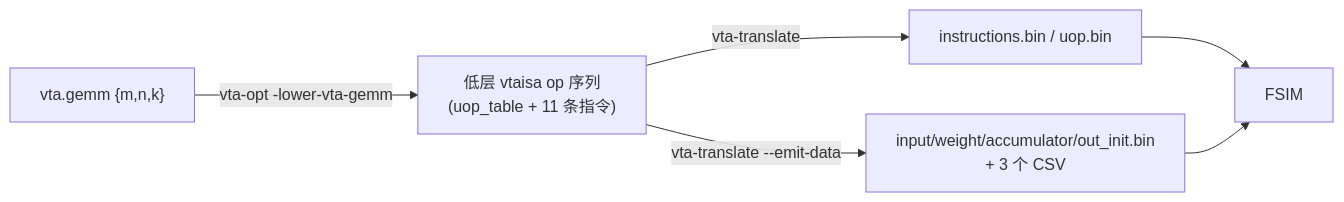
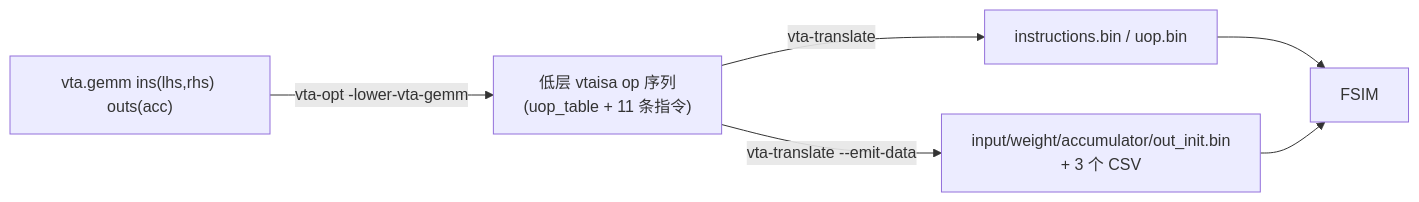
Before and after one commit to yuanshangqing1020/mlir-vta: the second of 3 diagrams in docs/DESIGN_cn.md, drawn with Mermaid. The commit also changed other lines of this file and 1 other file, not shown here.

Commit message:
docs(mlir-vta): update DESIGN for phase-2 linalg entry

````diff
--- a/docs/DESIGN_cn.md
+++ b/docs/DESIGN_cn.md
@@ -70,14 +70,14 @@
 ```mermaid
 flowchart LR
-    HL["vta.gemm {m,n,k}"]
+    HL["vta.gemm ins(lhs,rhs) outs(acc)"]
     LL["低层 vtaisa op 序列<br/>(uop_table + 11 条指令)"]
     BINS["instructions.bin / uop.bin"]
     DATA["input/weight/accumulator/out_init.bin<br/>+ 3 个 CSV"]
     FSIM["FSIM"]
 
     HL -->|vta-opt -lower-vta-gemm| LL
     LL -->|vta-translate| BINS
     LL -->|vta-translate --emit-data| DATA
     BINS --> FSIM
     DATA --> FSIM
 ```
````
